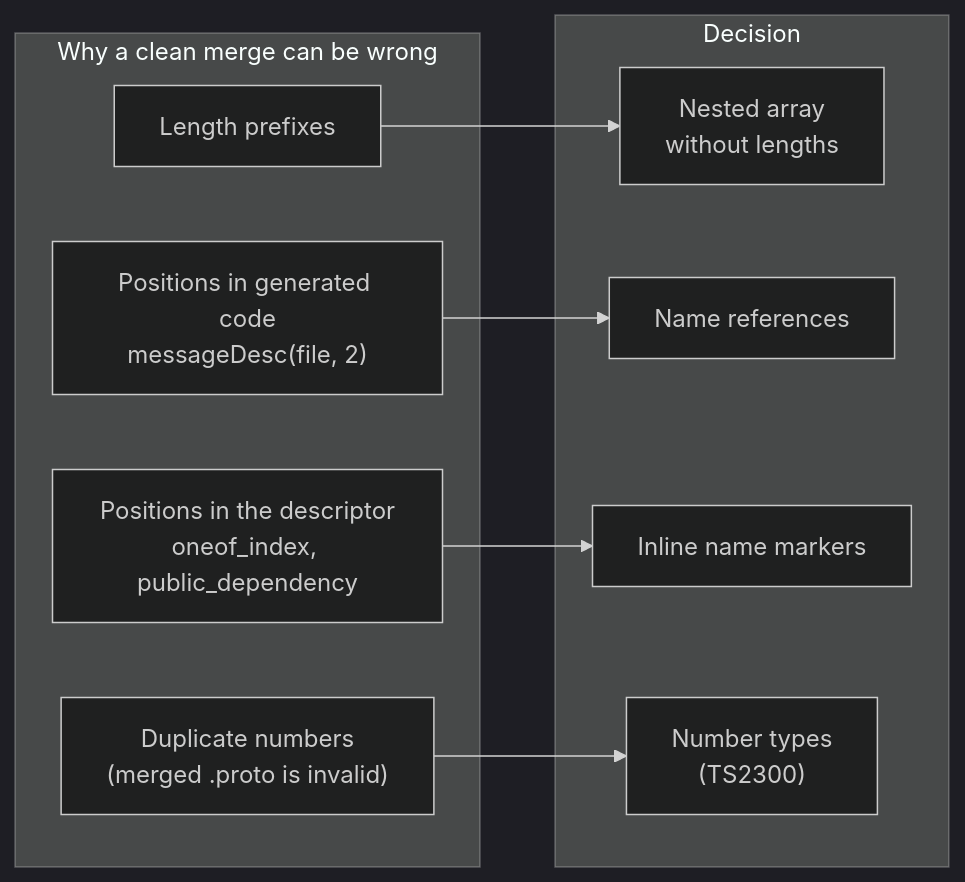
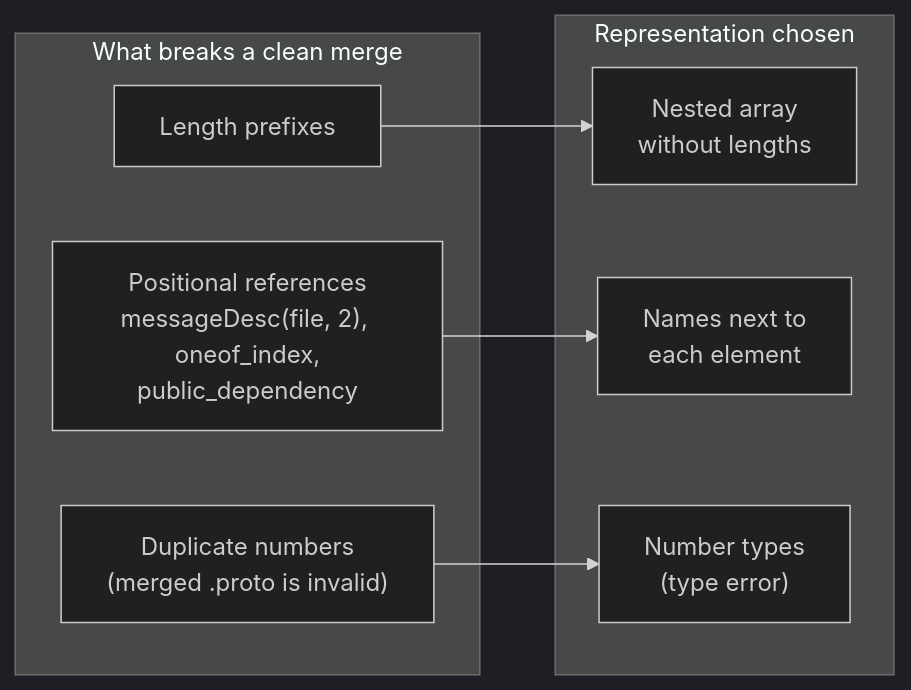
Before and after one commit to izumin5210/protoc-gen-es-string-descriptor: the diagram in docs/adr/0001-merge-safe-descriptor-embedding.md, drawn with Mermaid (dark theme). The commit also changed other lines of this file and 1 other file, not shown here.

Commit message:
docs: focus ADR 0001 on the descriptor representation strategy

````diff
--- a/docs/adr/0001-merge-safe-descriptor-embedding.md
+++ b/docs/adr/0001-merge-safe-descriptor-embedding.md
@@ -18,19 +20,16 @@
 ```mermaid
 flowchart LR
-  subgraph cause["Why a clean merge can be wrong"]
+  subgraph cause["What breaks a clean merge"]
     L["Length prefixes"]
-    P1["Positions in generated code<br/>messageDesc(file, 2)"]
-    P2["Positions in the descriptor<br/>oneof_index, public_dependency"]
+    P["Positional references<br/>messageDesc(file, 2), oneof_index,<br/>public_dependency"]
     D["Duplicate numbers<br/>(merged .proto is invalid)"]
   end
-  subgraph fix["Decision"]
+  subgraph fix["Representation chosen"]
     N["Nested array<br/>without lengths"]
-    R["Name references"]
-    M["Inline name markers"]
-    T["Number types<br/>(TS2300)"]
+    R["Names next to<br/>each element"]
+    T["Number types<br/>(type error)"]
   end
   L --> N
-  P1 --> R
-  P2 --> M
+  P --> R
   D --> T
 ```
````
